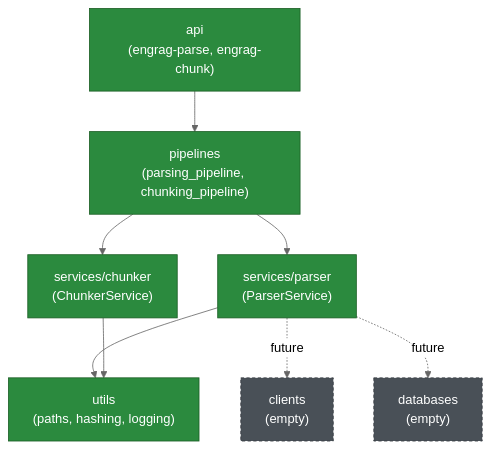
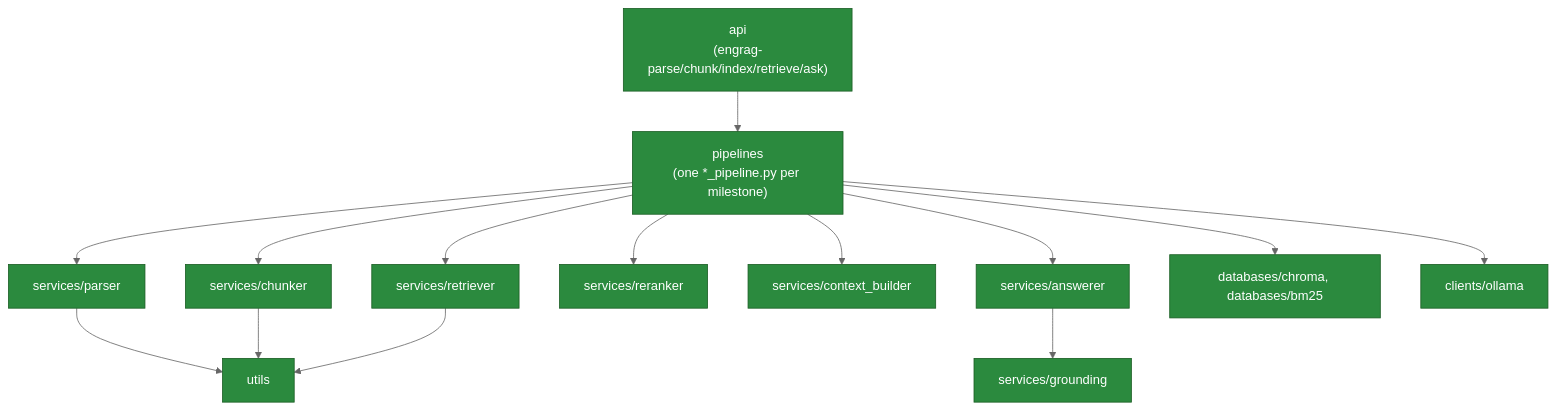
One commit to nnourmmohamedd/engineering-rag-parser changed the diagram in docs/architecture/service_architecture.md. Above: the diagram before and after it, drawn with Mermaid (neutral theme). The commit also changed other lines of this file and 8 other files, not shown here.

````diff
--- a/docs/architecture/service_architecture.md
+++ b/docs/architecture/service_architecture.md
@@ -53,15 +70,19 @@
 ```mermaid
 flowchart TD
-    api["api\n(engrag-parse, engrag-chunk)"] --> pipelines["pipelines\n(parsing_pipeline, chunking_pipeline)"]
-    pipelines --> parser["services/parser\n(ParserService)"]
-    pipelines --> chunker["services/chunker\n(ChunkerService)"]
-    parser --> utils["utils\n(paths, hashing, logging)"]
+    api["api\n(engrag-parse/chunk/index/retrieve/ask)"] --> pipelines["pipelines\n(one *_pipeline.py per milestone)"]
+    pipelines --> parser["services/parser"]
+    pipelines --> chunker["services/chunker"]
+    pipelines --> retriever["services/retriever"]
+    pipelines --> reranker["services/reranker"]
+    pipelines --> ctxbuilder["services/context_builder"]
+    pipelines --> answerer["services/answerer"]
+    answerer --> grounding["services/grounding"]
+    pipelines --> databases["databases/chroma, databases/bm25"]
+    pipelines --> clients["clients/ollama"]
+    parser --> utils["utils"]
     chunker --> utils
-    parser -.future.-> clients["clients\n(empty)"]
-    parser -.future.-> databases["databases\n(empty)"]
+    retriever --> utils
 
     classDef impl fill:#2b8a3e,stroke:#1b5e24,color:#fff
-    classDef scaffold fill:#495057,stroke:#343a40,color:#fff,stroke-dasharray: 4 3
-    class api,pipelines,parser,chunker,utils impl
-    class clients,databases scaffold
+    class api,pipelines,parser,chunker,retriever,reranker,ctxbuilder,answerer,grounding,databases,clients,utils impl
 ```
````
